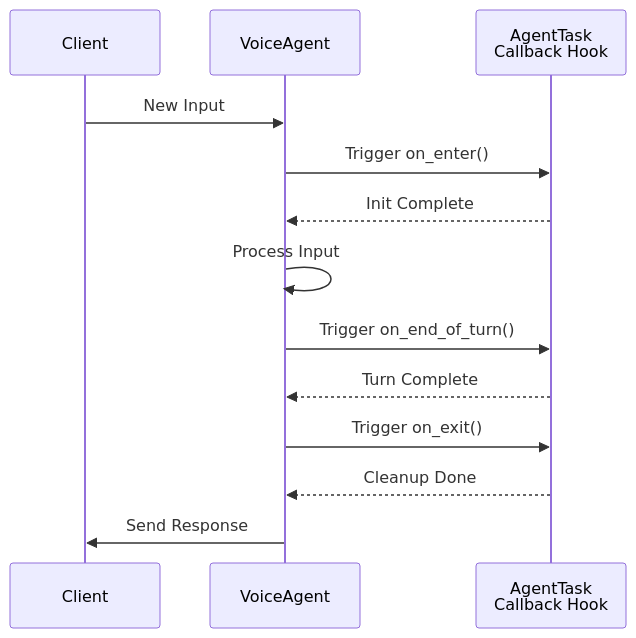
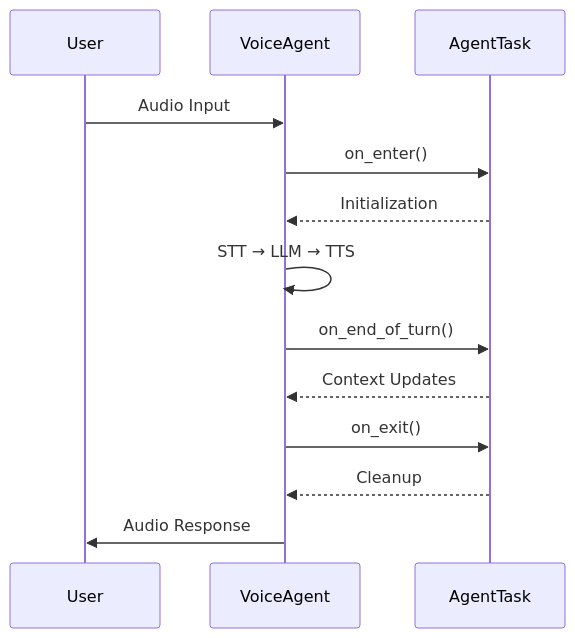
One commit to yepher/livekit_info changed the third of 15 diagrams in API_GUIDE.md. Above: the diagram before and after it, drawn with Mermaid. The commit also changed other lines of this file and 3 other files, not shown here.

````diff
--- a/API_GUIDE.md
+++ b/API_GUIDE.md
@@ -682,16 +681,16 @@
 ```mermaid
 sequenceDiagram
-    participant U as Client
-    participant E as VoiceAgent
-    participant H as AgentTask<br>Callback Hook
+    participant U as User
+    participant A as VoiceAgent
+    participant T as AgentTask
     
-    U->>E: New Input
-    E->>H: Trigger on_enter()
-    H-->>E: Init Complete
-    E->>E: Process Input
-    E->>H: Trigger on_end_of_turn()
-    H-->>E: Turn Complete
-    E->>H: Trigger on_exit()
-    H-->>E: Cleanup Done
-    E->>U: Send Response
+    U->>A: Audio Input
+    A->>T: on_enter()
+    T-->>A: Initialization
+    A->>A: STT → LLM → TTS
+    A->>T: on_end_of_turn()
+    T-->>A: Context Updates
+    A->>T: on_exit()
+    T-->>A: Cleanup
+    A->>U: Audio Response
 ```
````
